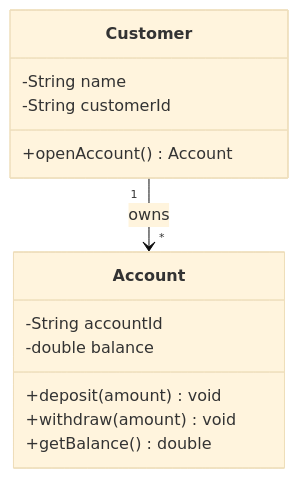
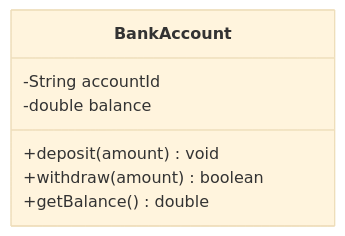
One commit to ani2fun/synapse-content changed the third of 8 diagrams in low-level-design/03-uml/00-uml.md. Above: the diagram before and after it, drawn with Mermaid (base theme). The commit also changed other lines of this file and 3 other files, not shown here.

First line of the commit message:
low-level-design: embedded "Your Turn" practice problems + UML class-diagram reformat

````diff
--- a/low-level-design/03-uml/00-uml.md
+++ b/low-level-design/03-uml/00-uml.md
@@ -111,16 +119,10 @@
 ```mermaid
 classDiagram
-    class Account {
+    class BankAccount {
         -String accountId
         -double balance
         +deposit(amount) void
-        +withdraw(amount) void
+        +withdraw(amount) boolean
         +getBalance() double
     }
-    class Customer {
-        -String name
-        -String customerId
-        +openAccount() Account
-    }
-    Customer "1" --> "*" Account : owns
 ```
````
